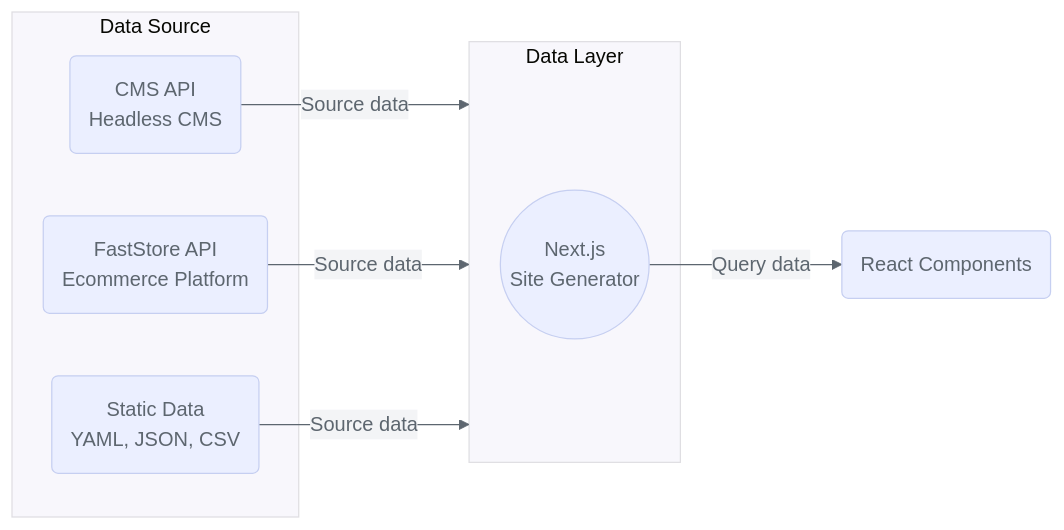
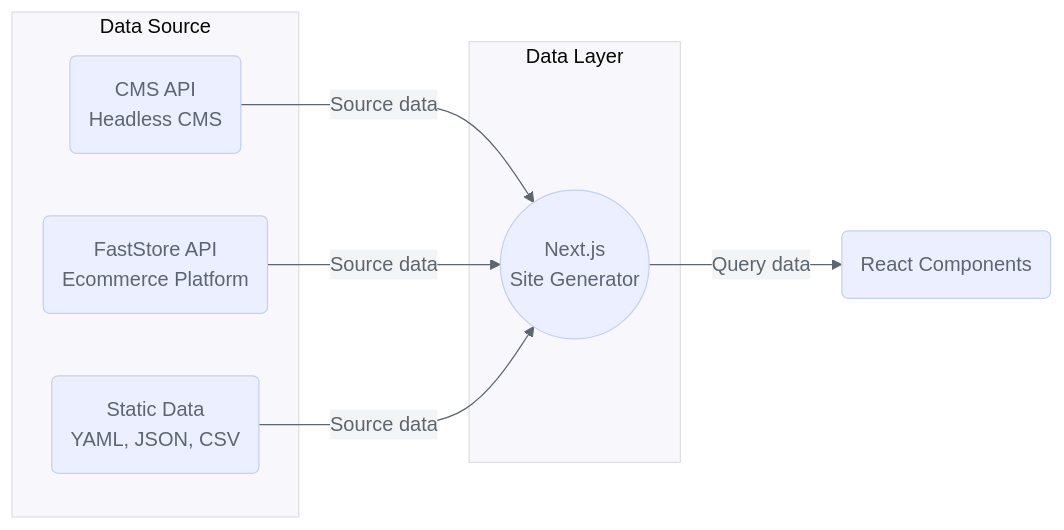
One commit to vtex/faststore changed the diagram in apps/site/pages/docs/faststore-api.mdx. Above: the diagram before and after it, drawn with Mermaid.

Commit message:
docs: fix mermaid diagram

````diff
--- a/apps/site/pages/docs/faststore-api.mdx
+++ b/apps/site/pages/docs/faststore-api.mdx
@@ -33,32 +33,31 @@
 ```mermaid
 %%{
   init: {
     'theme': 'base',
     'themeVariables': {
       'primaryColor': '#EBEFFF',
       'primaryTextColor': '#5D666F',
       'lineColor': '#5D666F',
       'secondaryColor': '#F3F4F6',
       'tertiaryColor': '#F8F7FC'
     }
   }
 }%%
 
 flowchart LR
 
-
-subgraph A[Data Source]
+subgraph Data_Source[Data Source]
     CMS_API(CMS API <BR /> Headless CMS)
     FastStore_API(FastStore API <BR /> Ecommerce Platform)
     Static_Data(Static Data <BR /> YAML, JSON, CSV)
 end
 
-subgraph B[Data Layer]
+subgraph Data_Layer[Data Layer]
     Next_js((Next.js <br /> Site Generator))
 end
 
-CMS_API -->|Source data|B
-FastStore_API -->|Source data|B
-Static_Data -->|Source data|B
+CMS_API -->|Source data| Next_js
+FastStore_API -->|Source data| Next_js
+Static_Data -->|Source data| Next_js
 Next_js -->|Query data| React_Components(React Components)
 ```
````
